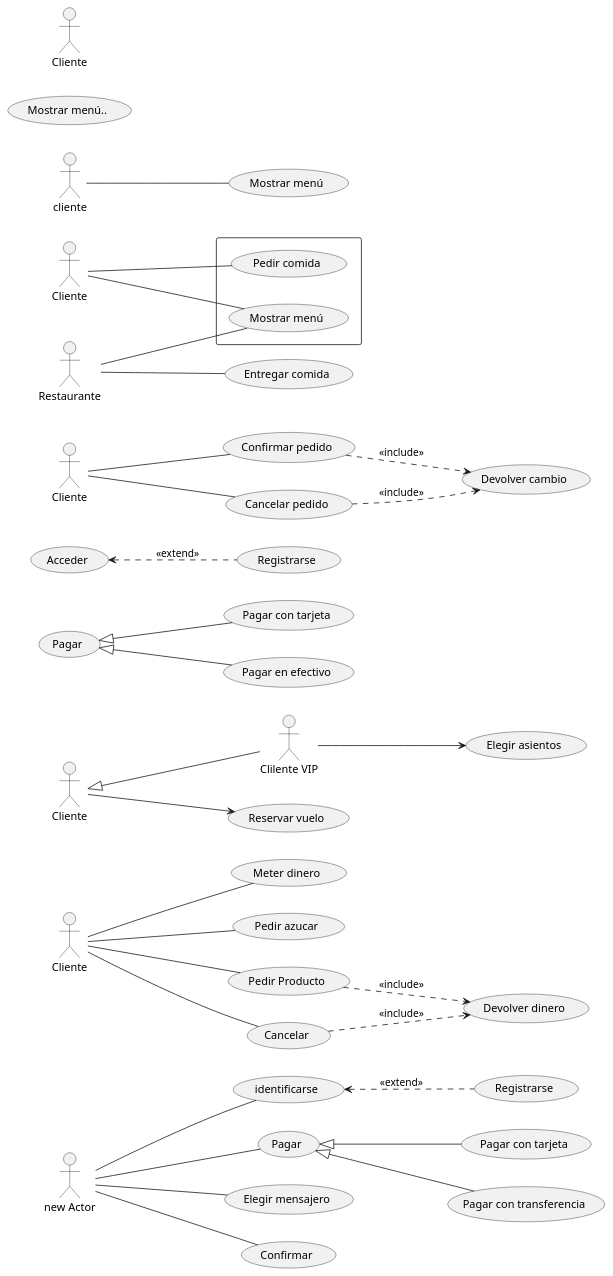
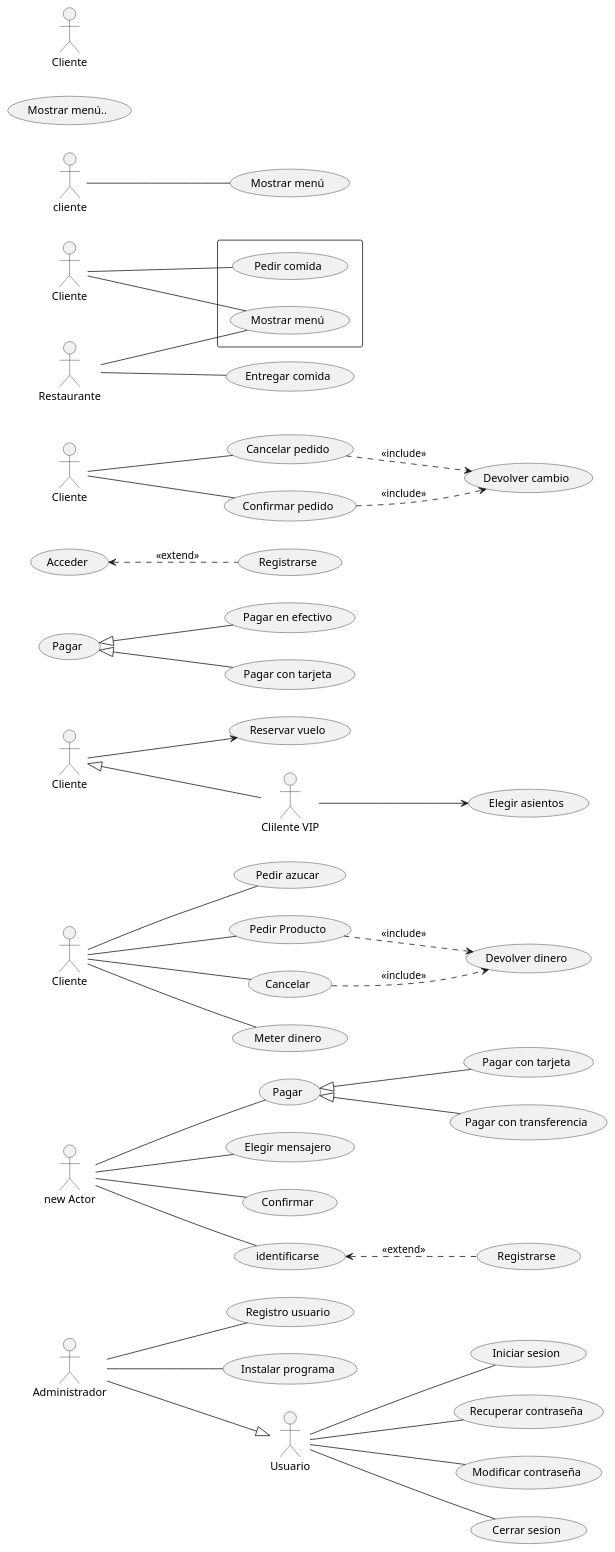
Before and after one commit to JuanmaEDE/UML_casos_de_uso: the diagram in UML_casos_de_uso.puml, drawn with PlantUML.

Commit message:
Realizado usuarios y administradores

```diff
--- a/UML_casos_de_uso.puml
+++ b/UML_casos_de_uso.puml
@@ -1,79 +1,96 @@
 @startuml
+
+"Usuario" as usuar
+:Administrador: as Admin
+usecase "Iniciar sesion" as inise
+usecase "Recuperar contraseña" as reccontra
+usecase "Modificar contraseña" as modcontr
+usecase "Cerrar sesion" as cerra
+usecase "Registro usuario" as reusua
+usecase "Instalar programa" as insp
+usuar -- inise
+usuar -- reccontra
+usuar -- modcontr
+usuar -- cerra
+Admin -- reusua
+Admin -- insp
+Admin --|> usuar
+
 actor "new Actor" as nA
 usecase "identificarse" as identifi
 usecase "Pagar" as Paga
 usecase "Elegir mensajero" as Em
 usecase "Confirmar" as Con
 usecase "Pagar con tarjeta" as Pgt
 usecase "Registrarse" as Regis
 usecase "Pagar con transferencia" as Ptra
 nA -- identifi
 nA -- Paga
 nA -- Em
 nA -- Con
 identifi <.. Regis : <<extend>>
 Paga <|-- Pgt
 Paga <|-- Ptra
 
 
 actor "Cliente" as clped
 usecase "Meter dinero" as Md
 usecase "Pedir azucar" as az
 usecase "Pedir Producto" as pp
 usecase "Cancelar" as cancel
 usecase "Devolver dinero" as Devd
 clped -- Md
 clped -- az
 clped -- pp
 clped -- cancel
 pp ..> Devd : <<include>>
 cancel ..> Devd : <<include>>
 
 
 actor "Cliente" as clvu
 actor "Clilente VIP" as vip
 clvu <|-- vip
 usecase "Reservar vuelo" as rv
 usecase "Elegir asientos" as asie
 vip --> asie
 clvu --> rv
 
 usecase "Pagar" as pag
 usecase "Pagar con tarjeta" as pagt
 usecase "Pagar en efectivo" as pagoe
  pag <|-- pagt
 pag <|-- pagoe
 
 usecase "Acceder" as acc
 usecase "Registrarse" as reg
 (acc) <.. (reg) : <<extend>>
 
 
 left to right direction
 actor "Cliente" as cl1
 usecase "Confirmar pedido" as cp
 usecase "Cancelar pedido" as cap
 usecase "Devolver cambio" as dc
 cl1 -- cp
 cl1 -- cap
 (cp) ..> (dc) : <<include>>
 (cap) ..> (dc) : <<include>>
 
 left to right direction
 actor "Cliente" as cl
 actor "Restaurante" as re
 rectangle  {
   usecase "Mostrar menú" as UC1
   usecase "Pedir comida" as UC2
 
 }
 usecase "Entregar comida" as UC3
 cl -- UC1
 cl -- UC2
 re -- UC3
 re -- UC1
 
  :cliente: -- (Mostrar menú)
  Usecase uc1 as "Mostrar menú.."
 actor "Cliente" as ctl
 @enduml
```
